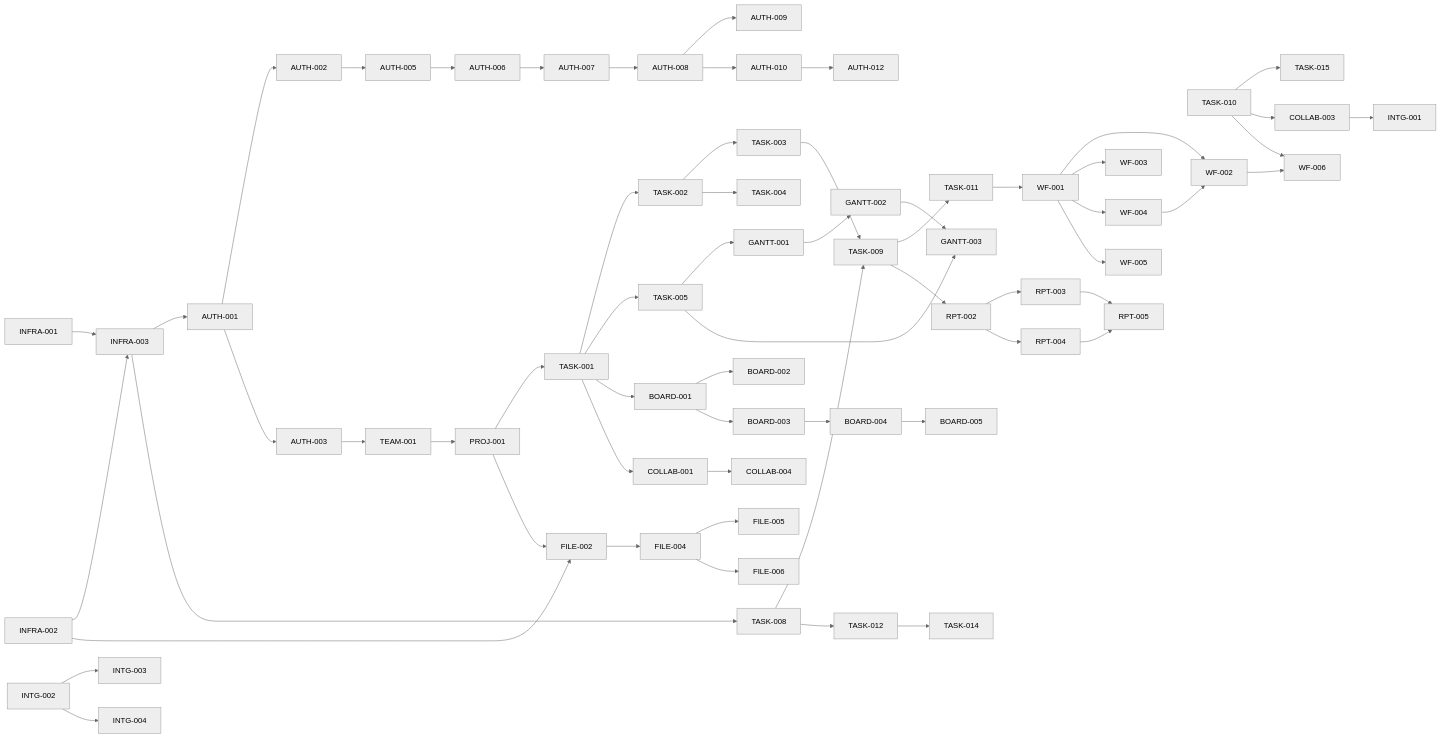
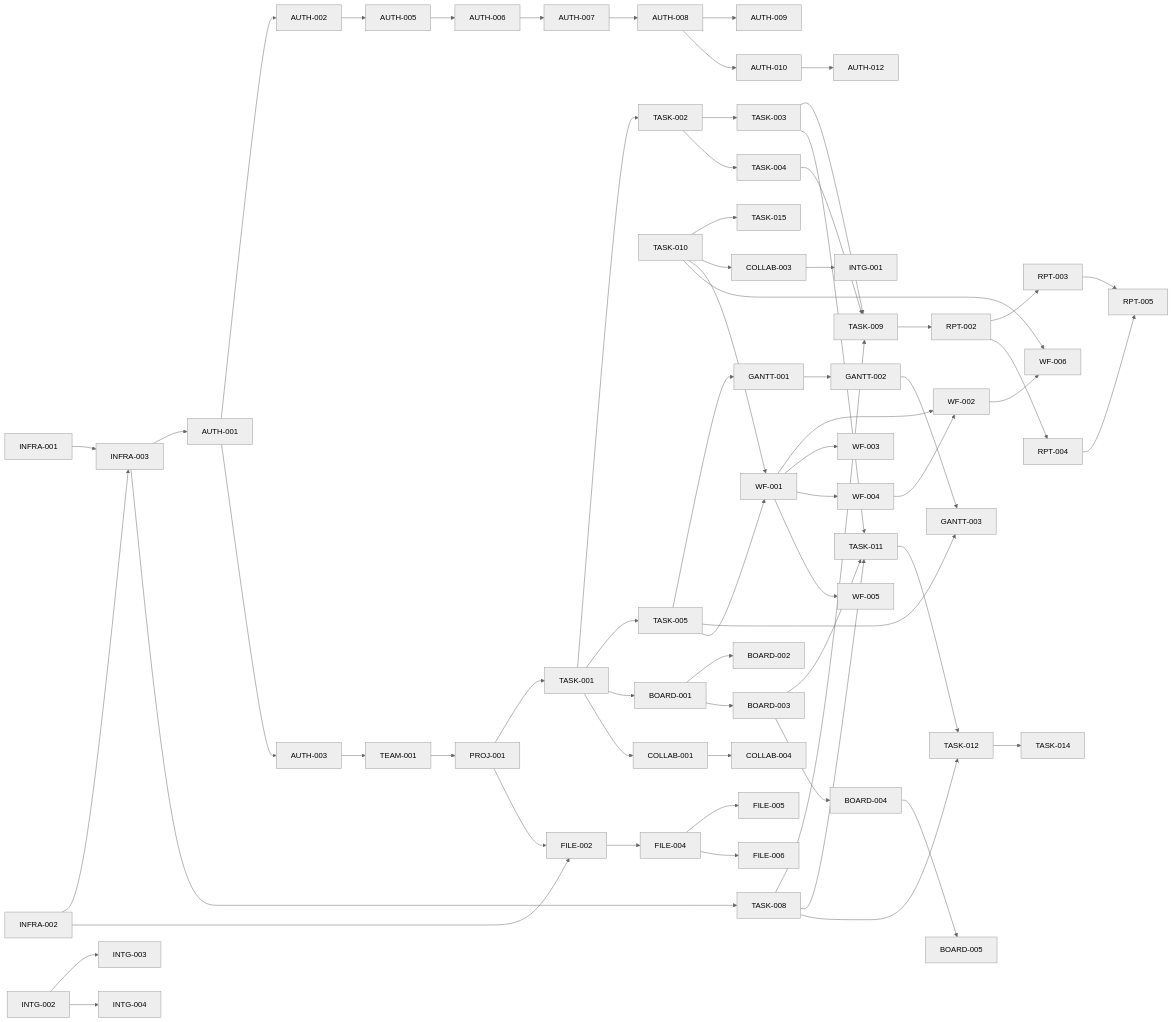
One commit to RabbitAI-Lab/RabbitProjects changed the third of 4 diagrams in docs/architecture/dependency-graph.md. Above: the diagram before and after it, drawn with Mermaid (neutral theme). The commit also changed other lines of this file and 1 other file, not shown here.

Commit message:
docs: dependency-graph TASK-009/010/011 编号-标题错位第二期回改（对齐 README §4，43 行）+ master 记录

````diff
--- a/docs/architecture/dependency-graph.md
+++ b/docs/architecture/dependency-graph.md
@@ -526,71 +528,76 @@
 ```mermaid
 graph LR
     INFRA001["INFRA-001"] --> INFRA003["INFRA-003"]
     INFRA002["INFRA-002"] --> INFRA003
     INFRA003 --> AUTH001["AUTH-001"]
     AUTH001 --> AUTH002["AUTH-002"]
     AUTH001 --> AUTH003["AUTH-003"]
     AUTH003 --> TEAM001["TEAM-001"]
     TEAM001 --> PROJ001["PROJ-001"]
     PROJ001 --> TASK001["TASK-001"]
 
     TASK001 --> TASK002["TASK-002"]
     TASK002 --> TASK003["TASK-003"]
     TASK002 --> TASK004["TASK-004"]
     TASK001 --> TASK005["TASK-005"]
     INFRA003 --> TASK008["TASK-008"]
     TASK003 --> TASK009["TASK-009"]
     TASK008 --> TASK009
-    TASK009 --> TASK011["TASK-011"]
-    TASK008 --> TASK012["TASK-012"]
+    TASK004 --> TASK009
+    TASK003 --> TASK011["TASK-011"]
+    TASK008 --> TASK011
+    BOARD003 --> TASK011
+    TASK011 --> TASK012["TASK-012"]
+    TASK008 --> TASK012
     TASK012 --> TASK014["TASK-014"]
     TASK010["TASK-010"] --> TASK015["TASK-015"]
 
     TASK001 --> BOARD001["BOARD-001"]
     BOARD001 --> BOARD002["BOARD-002"]
     BOARD001 --> BOARD003["BOARD-003"]
     BOARD003 --> BOARD004["BOARD-004"]
     BOARD004 --> BOARD005["BOARD-005"]
 
     TASK005 --> GANTT001["GANTT-001"]
     GANTT001 --> GANTT002["GANTT-002"]
     GANTT002 --> GANTT003["GANTT-003"]
     TASK005 --> GANTT003
 
     INFRA002 --> FILE002["FILE-002"]
     PROJ001 --> FILE002
     FILE002 --> FILE004["FILE-004"]
     FILE004 --> FILE005["FILE-005"]
     FILE004 --> FILE006["FILE-006"]
 
     TASK001 --> COLLAB001["COLLAB-001"]
     COLLAB001 --> COLLAB004["COLLAB-004"]
     TASK010 --> COLLAB003["COLLAB-003"]
 
     AUTH002 --> AUTH005["AUTH-005"]
     AUTH005 --> AUTH006["AUTH-006"]
     AUTH006 --> AUTH007["AUTH-007"]
     AUTH007 --> AUTH008["AUTH-008"]
     AUTH008 --> AUTH009["AUTH-009"]
     AUTH008 --> AUTH010["AUTH-010"]
     AUTH010 --> AUTH012["AUTH-012"]
 
-    TASK011 --> WF001["WF-001"]
+    TASK005 --> WF001["WF-001"]
+    TASK010 --> WF001
     WF001 --> WF002["WF-002"]
     WF001 --> WF003["WF-003"]
     WF001 --> WF004["WF-004"]
     WF004 --> WF002
     WF001 --> WF005["WF-005"]
     WF002 --> WF006["WF-006"]
     TASK010 --> WF006
 
     COLLAB003 --> INTG001["INTG-001"]
     INTG002["INTG-002"] --> INTG003["INTG-003"]
     INTG002 --> INTG004["INTG-004"]
 
     TASK009 --> RPT002["RPT-002"]
     RPT002 --> RPT003["RPT-003"]
     RPT002 --> RPT004["RPT-004"]
     RPT003 --> RPT005["RPT-005"]
     RPT004 --> RPT005
 ```
````
